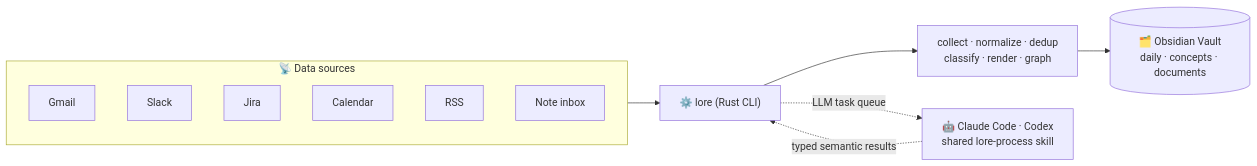
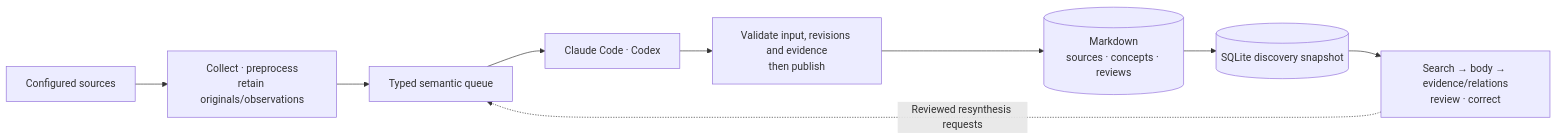
The first of 3 diagrams in README.en.md (junyeong-ai/lorekeeper), drawn with Mermaid before and after one commit. The commit also changed other lines of this file and 2 other files, not shown here.

````diff
--- a/README.en.md
+++ b/README.en.md
@@ -35,17 +36,11 @@
 ```mermaid
 flowchart LR
-    subgraph SRC["📡 Data sources"]
-        direction TB
-        G["Gmail"]
-        S["Slack"]
-        J["Jira"]
-        C["Calendar"]
-        R["RSS"]
-        M["Note inbox"]
-    end
-    SRC --> L["⚙️ lore (Rust CLI)"]
-    L --> P["collect · normalize · dedup<br/>classify · render · graph"]
-    P --> V[("🗂️ Obsidian Vault<br/>daily · concepts · documents")]
-    L -. "LLM task queue" .-> CC["🤖 Claude Code · Codex<br/>shared lore-process skill"]
-    CC -. "typed semantic results" .-> L
+    S["Configured sources"] --> C["Collect · preprocess<br/>retain originals/observations"]
+    C --> Q["Typed semantic queue"]
+    Q --> A["Claude Code · Codex"]
+    A --> P["Validate input, revisions and evidence<br/>then publish"]
+    P --> V[("Markdown<br/>sources · concepts · reviews")]
+    V --> N[("SQLite discovery snapshot")]
+    N --> R["Search → body → evidence/relations<br/>review · correct"]
+    R -. "Reviewed resynthesis requests" .-> Q
 ```
````
